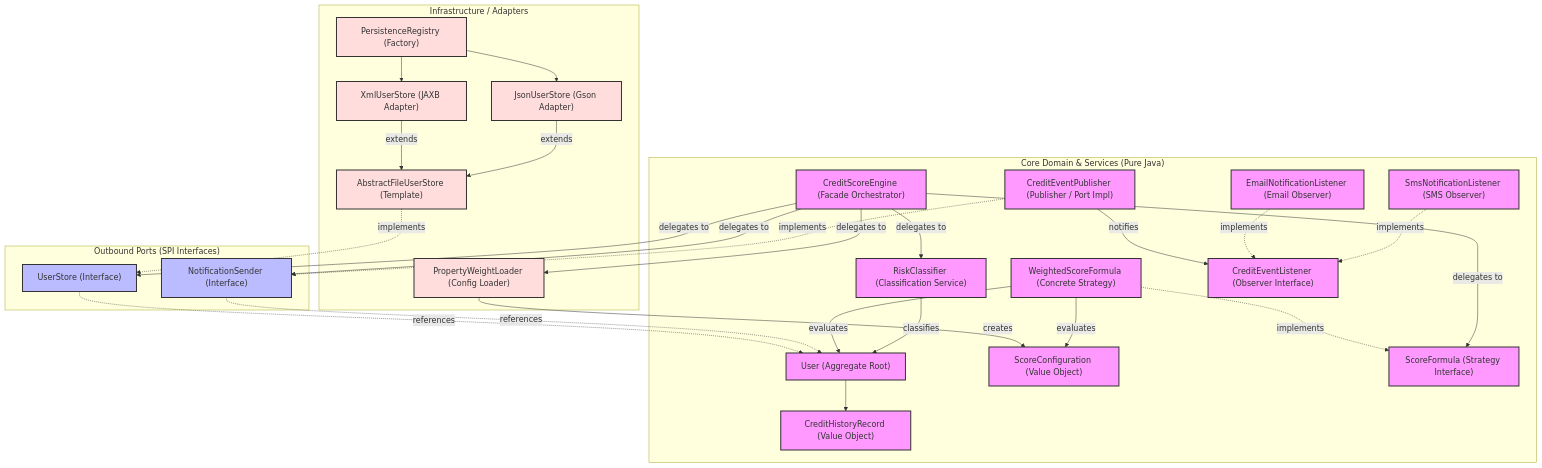
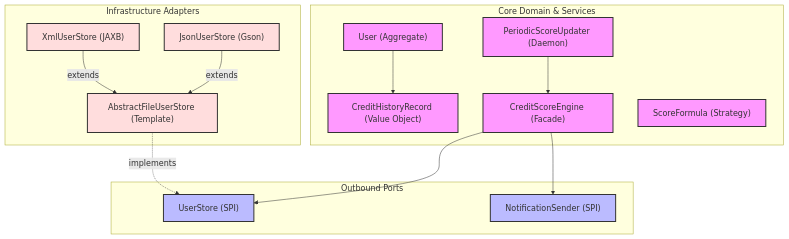
One commit to Pinkylml/CreditScoreManagement changed the diagram in docs/01_architecture_overview.md. Above: the diagram before and after it, drawn with Mermaid. The commit also changed other lines of this file and 3 other files, not shown here.

Commit message:
docs: align architecture and pattern guides with phase 1-5 refactors

````diff
--- a/docs/01_architecture_overview.md
+++ b/docs/01_architecture_overview.md
@@ -11,63 +11,33 @@
 ```mermaid
 graph TD
-    %% Define styles
     classDef domain fill:#f9f,stroke:#333,stroke-width:2px;
     classDef ports fill:#bbf,stroke:#333,stroke-width:2px;
     classDef infra fill:#fdd,stroke:#333,stroke-width:2px;
 
-    %% Hexagonal boundaries
-    subgraph CoreDomain ["Core Domain & Services (Pure Java)"]
-        User["User (Aggregate Root)"]:::domain
+    subgraph CoreDomain ["Core Domain & Services"]
+        User["User (Aggregate)"]:::domain
         CHR["CreditHistoryRecord (Value Object)"]:::domain
-        ScoreConfig["ScoreConfiguration (Value Object)"]:::domain
-        ScoreFormula["ScoreFormula (Strategy Interface)"]:::domain
-        WeightedScoreFormula["WeightedScoreFormula (Concrete Strategy)"]:::domain
-        RiskClassifier["RiskClassifier (Classification Service)"]:::domain
-        CreditEventListener["CreditEventListener (Observer Interface)"]:::domain
-        EmailNotificationListener["EmailNotificationListener (Email Observer)"]:::domain
-        SmsNotificationListener["SmsNotificationListener (SMS Observer)"]:::domain
-        CreditEventPublisher["CreditEventPublisher (Publisher / Port Impl)"]:::domain
-        Engine["CreditScoreEngine (Facade Orchestrator)"]:::domain
+        Engine["CreditScoreEngine (Facade)"]:::domain
+        Formula["ScoreFormula (Strategy)"]:::domain
+        PeriodicUpdater["PeriodicScoreUpdater (Daemon)"]:::domain
     end
 
-    subgraph Ports ["Outbound Ports (SPI Interfaces)"]
-        UserStore["UserStore (Interface)"]:::ports
-        NotificationSender["NotificationSender (Interface)"]:::ports
+    subgraph Ports ["Outbound Ports"]
+        UserStore["UserStore (SPI)"]:::ports
+        NotificationSender["NotificationSender (SPI)"]:::ports
     end
 
-    subgraph Infrastructure ["Infrastructure / Adapters"]
-        PersistenceRegistry["PersistenceRegistry (Factory)"]:::infra
-        AbstractFileUserStore["AbstractFileUserStore (Template)"]:::infra
-        XmlUserStore["XmlUserStore (JAXB Adapter)"]:::infra
-        JsonUserStore["JsonUserStore (Gson Adapter)"]:::infra
-        PropertyWeightLoader["PropertyWeightLoader (Config Loader)"]:::infra
+    subgraph Infrastructure ["Infrastructure Adapters"]
+        AbstractStore["AbstractFileUserStore (Template)"]:::infra
+        XmlStore["XmlUserStore (JAXB)"]:::infra
+        JsonStore["JsonUserStore (Gson)"]:::infra
     end
 
-    %% Relationships
     User --> CHR
-    UserStore -.->|references| User
-    AbstractFileUserStore -.->|implements| UserStore
-    XmlUserStore -->|extends| AbstractFileUserStore
-    JsonUserStore -->|extends| AbstractFileUserStore
-    PersistenceRegistry --> XmlUserStore
-    PersistenceRegistry --> JsonUserStore
-    NotificationSender -.->|references| User
-    PropertyWeightLoader -->|creates| ScoreConfig
-    WeightedScoreFormula -.->|implements| ScoreFormula
-    WeightedScoreFormula -->|evaluates| User
-    WeightedScoreFormula -->|evaluates| ScoreConfig
-    RiskClassifier -->|classifies| User
-
-    %% Facade Orchestration wiring
-    Engine -->|delegates to| UserStore
-    Engine -->|delegates to| NotificationSender
-    Engine -->|delegates to| ScoreFormula
-    Engine -->|delegates to| RiskClassifier
-    Engine -->|delegates to| PropertyWeightLoader
-
-    %% Observer wiring
-    CreditEventPublisher -.->|implements| NotificationSender
-    CreditEventPublisher -->|notifies| CreditEventListener
-    EmailNotificationListener -.->|implements| CreditEventListener
-    SmsNotificationListener -.->|implements| CreditEventListener
+    Engine --> UserStore
+    Engine --> NotificationSender
+    PeriodicUpdater --> Engine
+    AbstractStore -.->|implements| UserStore
+    XmlStore -->|extends| AbstractStore
+    JsonStore -->|extends| AbstractStore
 ```
````
